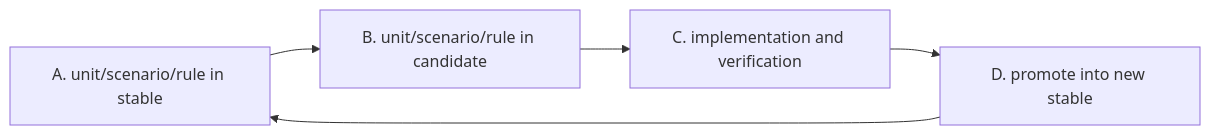
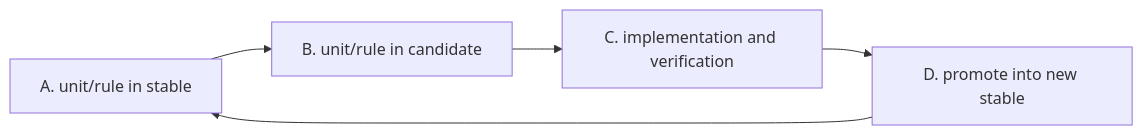
One commit to mfblog/specflow changed the second of 5 diagrams in README.md. Above: the diagram before and after it, drawn with Mermaid. The commit also changed other lines of this file and 91 other files, not shown here.

````diff
--- a/README.md
+++ b/README.md
@@ -264,7 +260,7 @@
 ```mermaid
 flowchart LR
-    A["A. unit/scenario/rule in stable"] --> B["B. unit/scenario/rule in candidate"]
+    A["A. unit/rule in stable"] --> B["B. unit/rule in candidate"]
     B --> C["C. implementation and verification"]
     C --> D["D. promote into new stable"]
     D --> A
 ```
````
